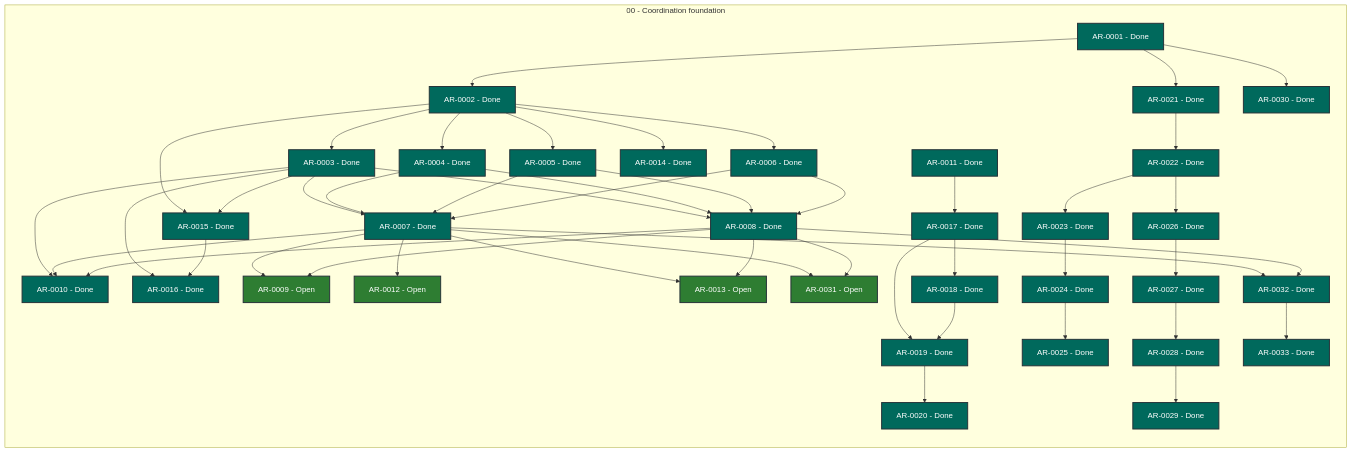
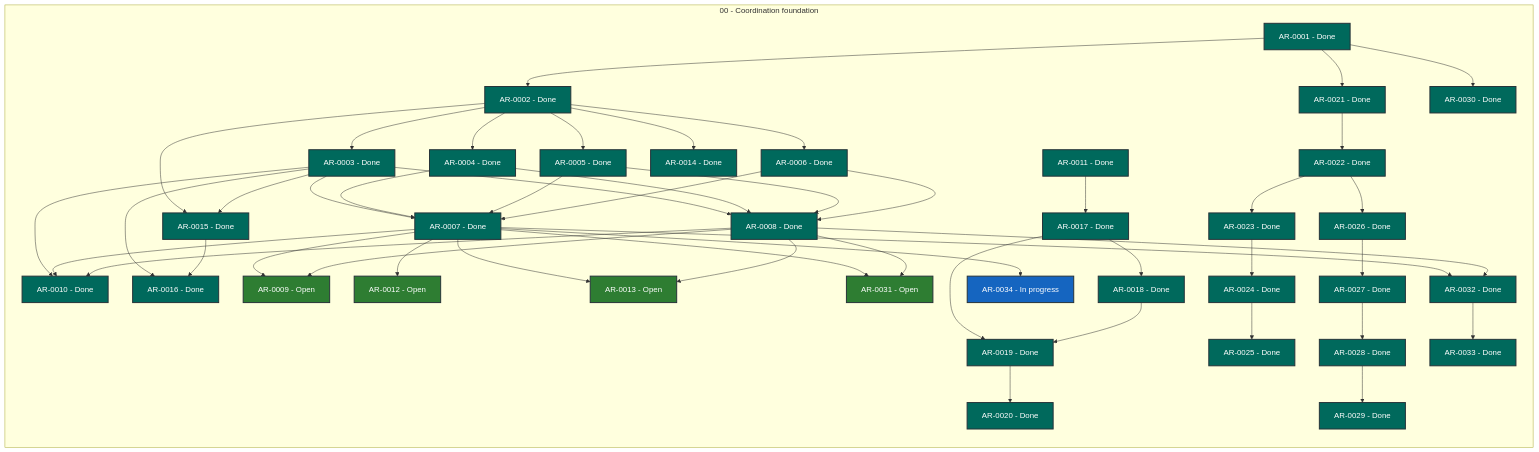
The diagram in STATUS.md (martin-beck/agent-workflow-coordinator-state), drawn with Mermaid before and after one commit. The commit also changed other lines of this file and 2 other files, not shown here.

```diff
--- a/STATUS.md
+++ b/STATUS.md
@@ -61,6 +61,7 @@
         AR_0031["AR-0031 - Open"]:::status_open
         AR_0032["AR-0032 - Done"]:::status_done
         AR_0033["AR-0033 - Done"]:::status_done
+        AR_0034["AR-0034 - In progress"]:::status_in_progress
     end
     AR_0001 --> AR_0002
     AR_0001 --> AR_0021
@@ -88,6 +89,7 @@
     AR_0007 --> AR_0013
     AR_0007 --> AR_0031
     AR_0007 --> AR_0032
+    AR_0007 --> AR_0034
     AR_0008 --> AR_0009
     AR_0008 --> AR_0010
     AR_0008 --> AR_0013
```
